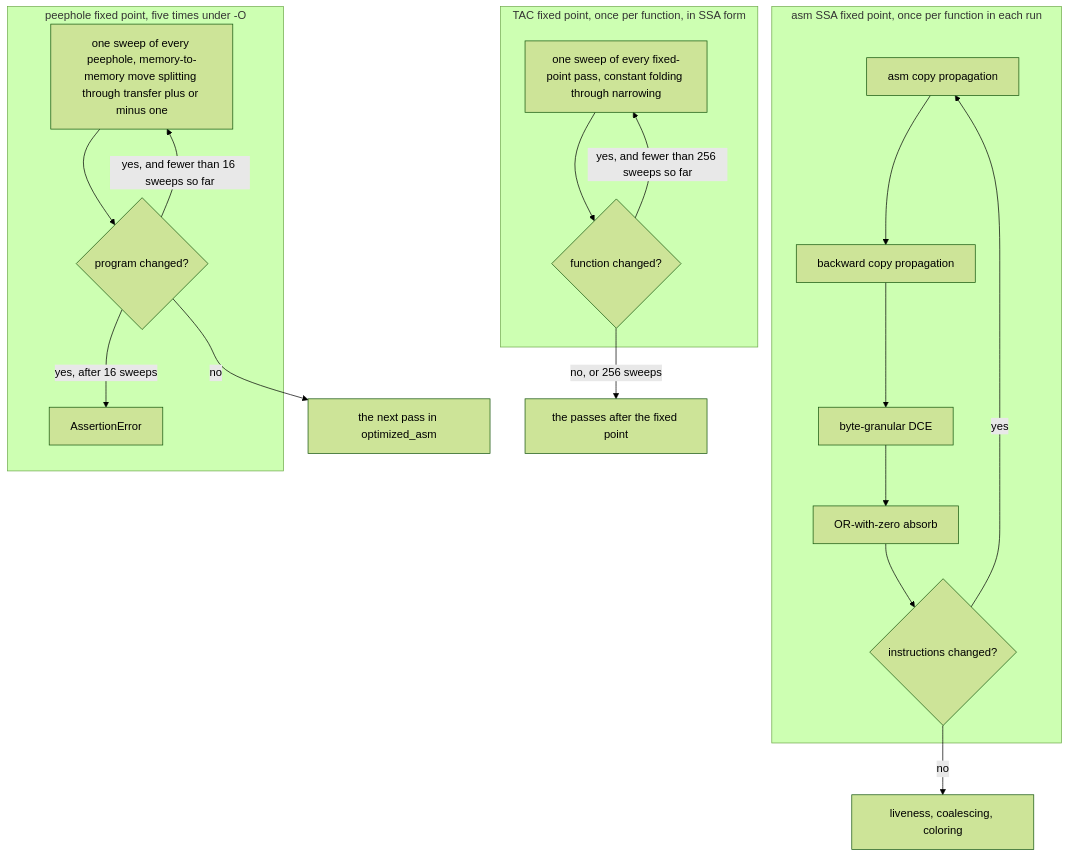
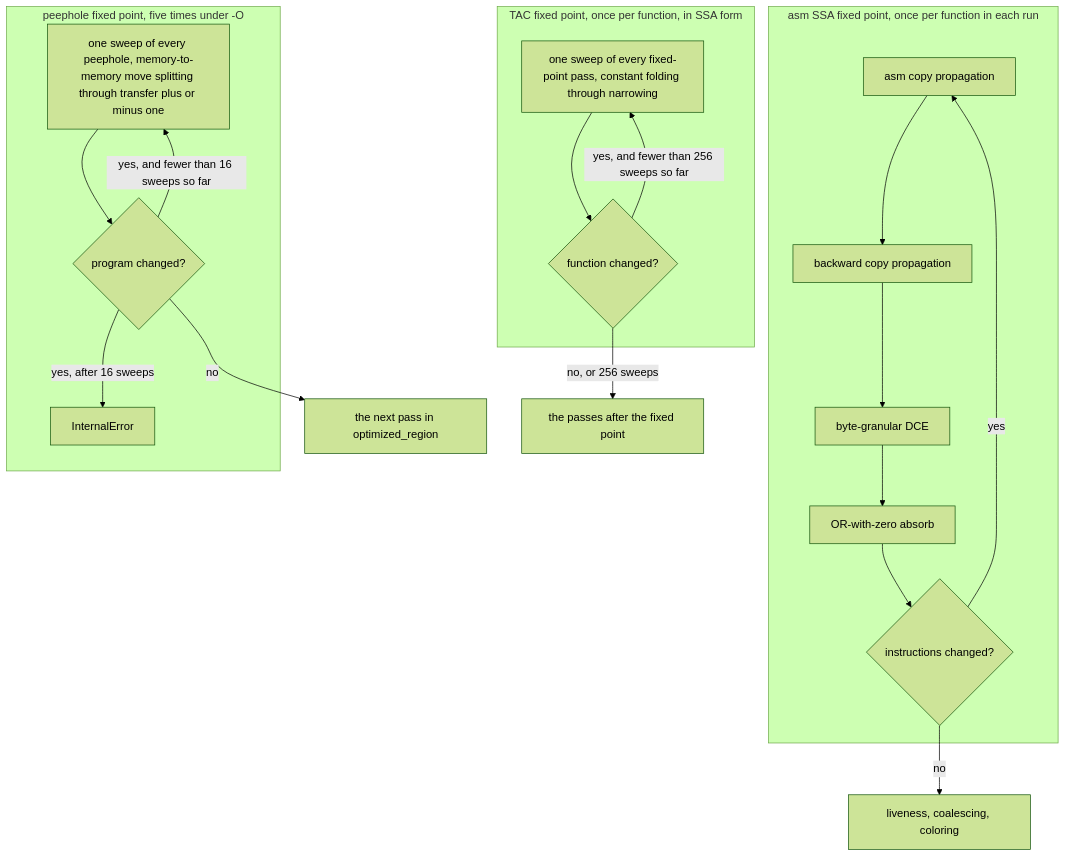
Before and after one commit to XekriRedmane/c6502: the third of 3 diagrams in docs/optimizations/README.md, drawn with Mermaid (forest theme). The commit also changed other lines of this file and 153 other files, not shown here.

````diff
--- a/docs/optimizations/README.md
+++ b/docs/optimizations/README.md
@@ -166,25 +166,25 @@
 ```mermaid
 flowchart TD
     subgraph tac["TAC fixed point, once per function, in SSA form"]
         ts["one sweep of every fixed-point pass, constant folding through narrowing"]
         tq{"function changed?"}
         ts --> tq
         tq -->|"yes, and fewer than 256 sweeps so far"| ts
     end
     subgraph asm["asm SSA fixed point, once per function in each run"]
         as1["asm copy propagation"] --> as2["backward copy propagation"] --> as3["byte-granular DCE"] --> as4["OR-with-zero absorb"]
         aq{"instructions changed?"}
         as4 --> aq
         aq -->|"yes"| as1
     end
     subgraph pp["peephole fixed point, five times under -O"]
         ps["one sweep of every peephole, memory-to-memory move splitting through transfer plus or minus one"]
         pq{"program changed?"}
         ps --> pq
         pq -->|"yes, and fewer than 16 sweeps so far"| ps
-        pq -->|"yes, after 16 sweeps"| err["AssertionError"]
+        pq -->|"yes, after 16 sweeps"| err["InternalError"]
     end
     tq -->|"no, or 256 sweeps"| tout["the passes after the fixed point"]
     aq -->|"no"| aout["liveness, coalescing, coloring"]
-    pq -->|"no"| pout["the next pass in optimized_asm"]
+    pq -->|"no"| pout["the next pass in optimized_region"]
 ```
````
